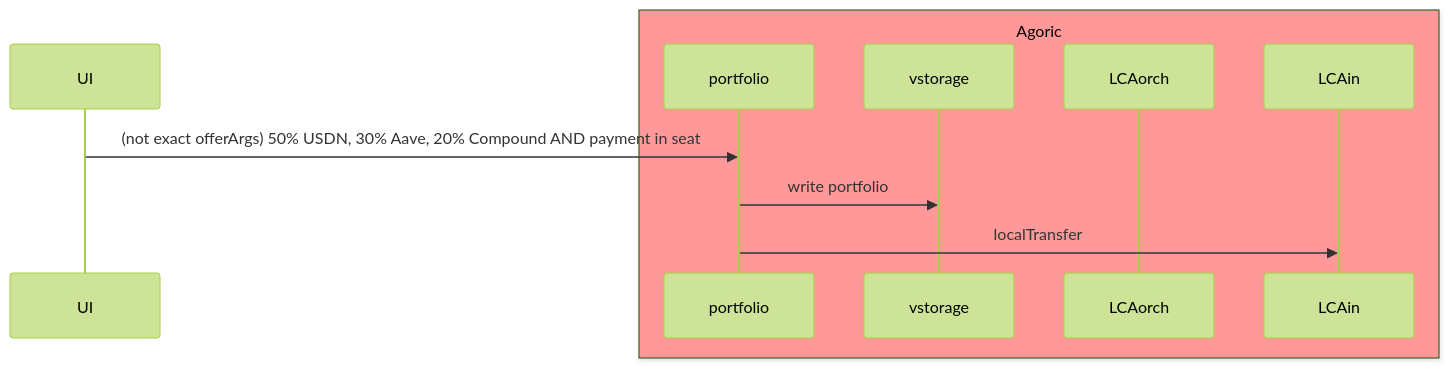
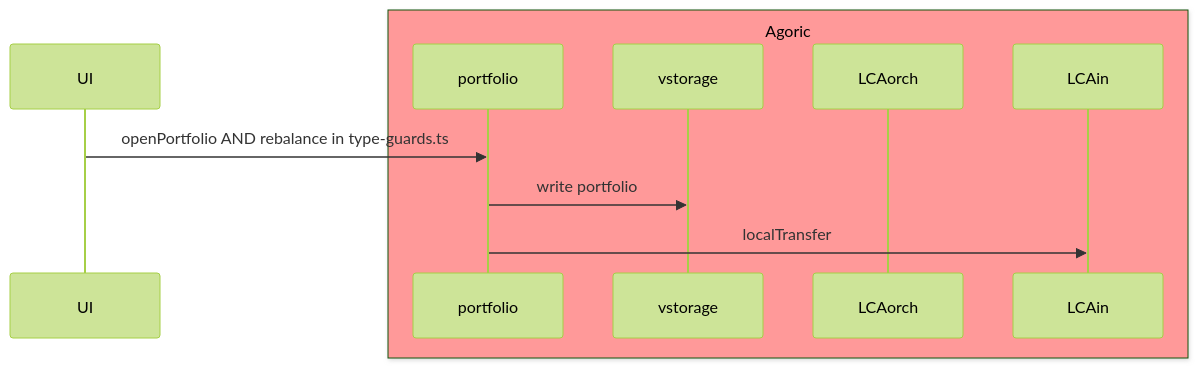
Before and after one commit to Agoric/agoric-sdk: the fourth of 6 diagrams in packages/portfolio-contract/DESIGN-BETA.md, drawn with Mermaid (forest theme). The commit also changed other lines of this file, not shown here.

Commit message:
docs(portfolio-contract): reference type-guards for contract interactions

````diff
--- a/packages/portfolio-contract/DESIGN-BETA.md
+++ b/packages/portfolio-contract/DESIGN-BETA.md
@@ -64,14 +64,14 @@
 ```mermaid
 sequenceDiagram
-  UI ->> portfolio: (not exact offerArgs) 50% USDN, 30% Aave, 20% Compound AND payment in seat
+  UI ->> portfolio: openPortfolio AND rebalance in type-guards.ts
 
   box rgb(255,153,153) Agoric
     participant portfolio
     participant vstorage
     participant LCAorch
     participant LCAin
   end
 
   portfolio ->> vstorage: write portfolio
   portfolio ->> LCAin: localTransfer
 ```
````
